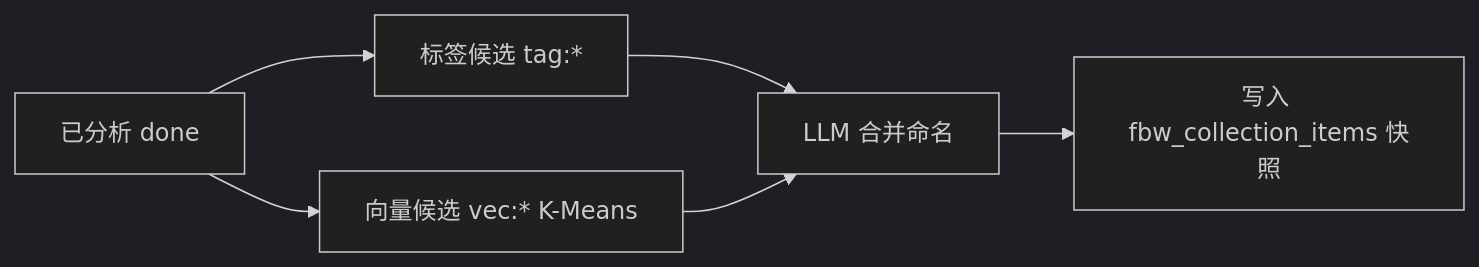
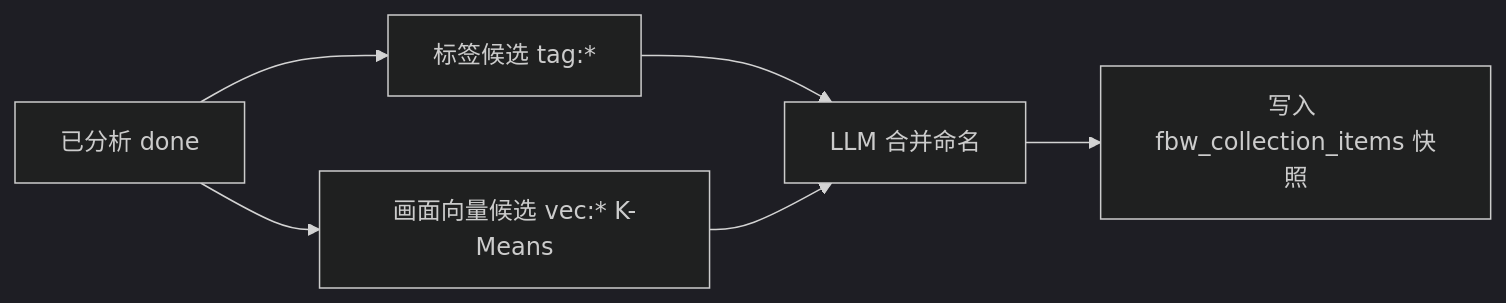
One commit to OXOYO/Flying-Bird-Wallpaper changed the first of 2 diagrams in docs/temp/ai-collections-ux-and-curate.md. Above: the diagram before and after it, drawn with Mermaid (dark theme). The commit also changed other lines of this file and 44 other files, not shown here.

````diff
--- a/docs/temp/ai-collections-ux-and-curate.md
+++ b/docs/temp/ai-collections-ux-and-curate.md
@@ -24,8 +24,8 @@
 ```mermaid
 flowchart LR
   A[已分析 done] --> B[标签候选 tag:*]
-  A --> C[向量候选 vec:* K-Means]
+  A --> C[画面向量候选 vec:* K-Means]
   B --> D[LLM 合并命名]
   C --> D
   D --> E[写入 fbw_collection_items 快照]
 ```
````
